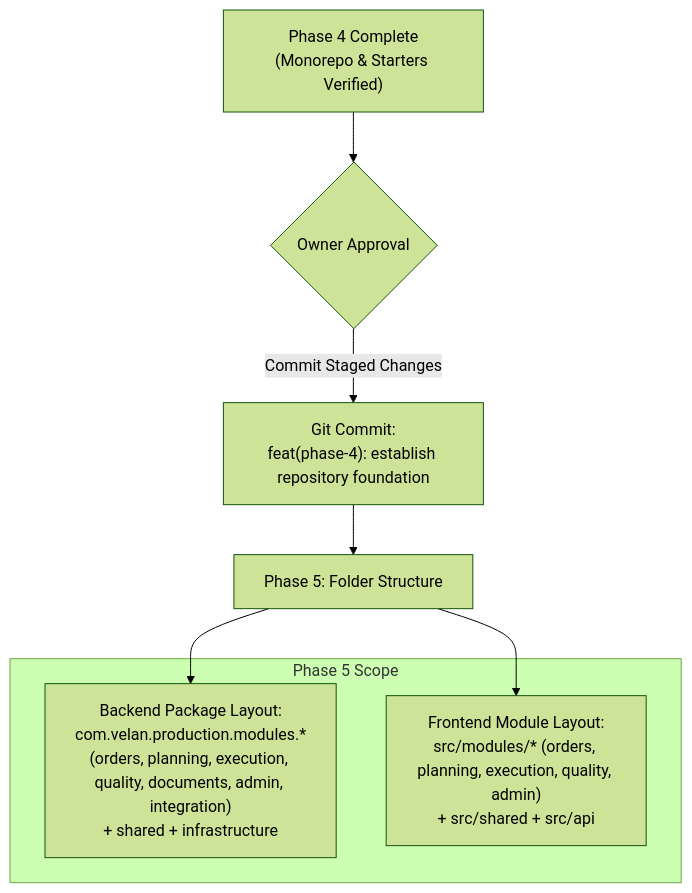
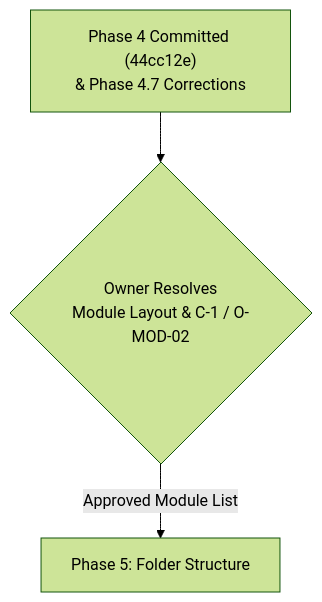
Before and after one commit to poairtronic/velan-production: the third of 3 diagrams in docs/phase-4/Phase-4-Accumulated-Master-Report.md, drawn with Mermaid (forest theme). The commit also changed other lines of this file and 13 other files, not shown here.

Commit message:
docs: complete phase 4.7 corrections, module reconciliation, and phase 3.2 standards

````diff
--- a/docs/phase-4/Phase-4-Accumulated-Master-Report.md
+++ b/docs/phase-4/Phase-4-Accumulated-Master-Report.md
@@ -426,14 +396,5 @@
 ```mermaid
 flowchart TD
-    P4Done["Phase 4 Complete<br/>(Monorepo & Starters Verified)"] --> OwnerApproval{"Owner Approval"}
-    OwnerApproval -->|"Commit Staged Changes"| GitCommit["Git Commit:<br/>feat(phase-4): establish repository foundation"]
-    GitCommit --> P5Start["Phase 5: Folder Structure"]
-
-    subgraph P5Details["Phase 5 Scope"]
-        BEPkg["Backend Package Layout:<br/>com.velan.production.modules.*<br/>(orders, planning, execution, quality, documents, admin, integration)<br/>+ shared + infrastructure"]
-        FEMod["Frontend Module Layout:<br/>src/modules/* (orders, planning, execution, quality, admin)<br/>+ src/shared + src/api"]
-    end
-
-    P5Start --> BEPkg
-    P5Start --> FEMod
+    P4Done["Phase 4 Committed (44cc12e)<br/>& Phase 4.7 Corrections"] --> OwnerApproval{"Owner Resolves<br/>Module Layout & C-1 / O-MOD-02"}
+    OwnerApproval -->|"Approved Module List"| P5Start["Phase 5: Folder Structure"]
 ```
````
